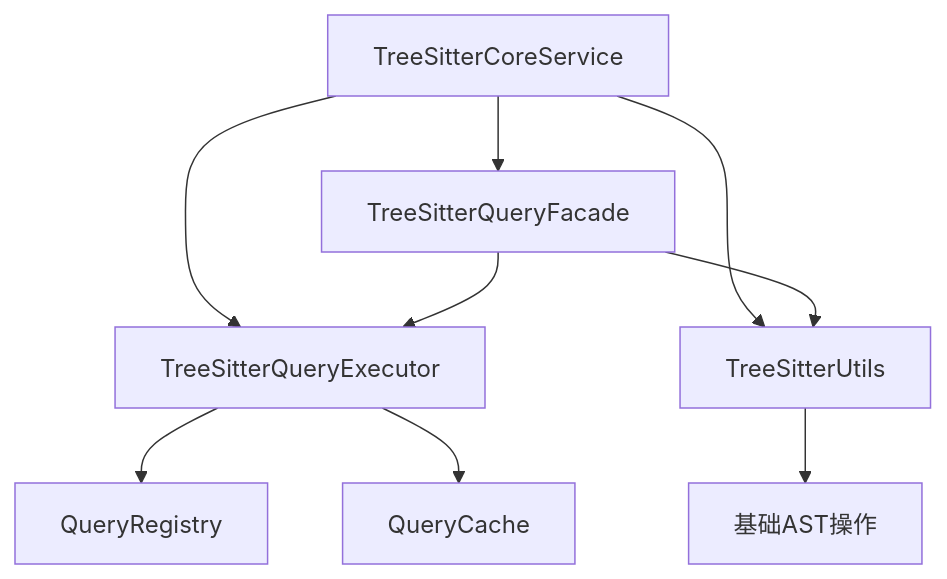
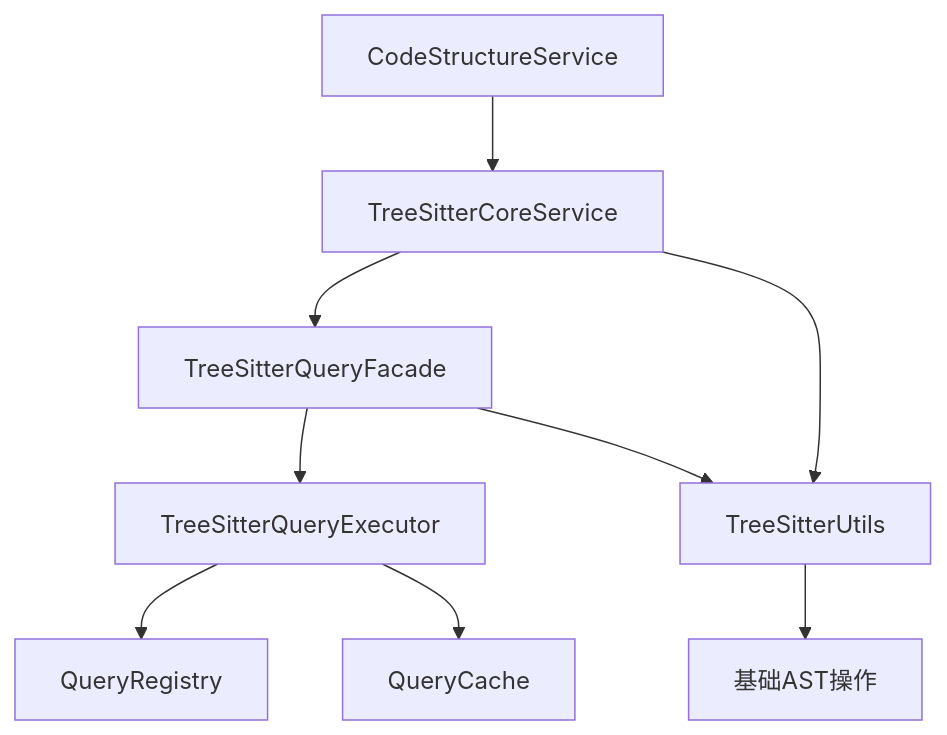
Before and after one commit to kkkqkx123/code-search-helper: the first of 4 diagrams in src/service/parser/TreeSitter-Architecture-Responsibilities.md, drawn with Mermaid. The commit also changed other lines of this file and 34 other files, not shown here.

````diff
--- a/src/service/parser/TreeSitter-Architecture-Responsibilities.md
+++ b/src/service/parser/TreeSitter-Architecture-Responsibilities.md
@@ -9,11 +9,11 @@
 ```mermaid
 graph TD
-    A[TreeSitterCoreService] --> B[TreeSitterQueryFacade]
-    A --> C[TreeSitterQueryExecutor]
-    A --> D[TreeSitterUtils]
-    B --> C
-    B --> D
-    C --> E[QueryRegistry]
-    C --> F[QueryCache]
-    D --> G[基础AST操作]
+    A[CodeStructureService] --> B[TreeSitterCoreService]
+    B --> C[TreeSitterQueryFacade]
+    B --> D[TreeSitterUtils]
+    C --> E[TreeSitterQueryExecutor]
+    C --> D
+    E --> F[QueryRegistry]
+    E --> G[QueryCache]
+    D --> H[基础AST操作]
 ```
````
